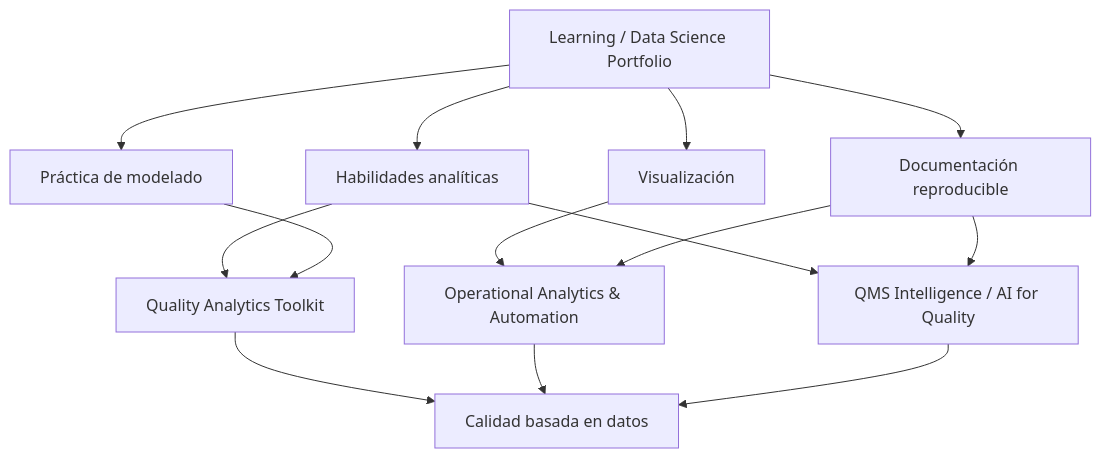
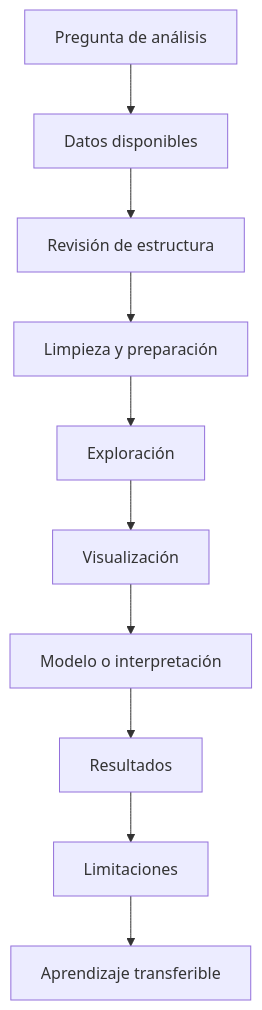
The second of 2 diagrams in README.md (fjgonzalezmgt/Learning-Data-Science-Portfolio), drawn with Mermaid before and after one commit. The commit also changed other lines of this file, not shown here.

Commit message:
Align README with Quality Analytics ecosystem positioning

````diff
--- a/README.md
+++ b/README.md
@@ -360,19 +64,12 @@
 ```mermaid
 flowchart TD
-    A[Learning / Data Science Portfolio] --> B[Habilidades analíticas]
-    A --> C[Práctica de modelado]
-    A --> D[Visualización]
-    A --> E[Documentación reproducible]
-
-    B --> F[Quality Analytics Toolkit]
-    C --> F
-    D --> G[Operational Analytics & Automation]
-    E --> G
-
-    B --> H[QMS Intelligence / AI for Quality]
-    E --> H
-
-    F --> I[Calidad basada en datos]
-    G --> I
-    H --> I
+    A[Pregunta de análisis] --> B[Datos disponibles]
+    B --> C[Revisión de estructura]
+    C --> D[Limpieza y preparación]
+    D --> E[Exploración]
+    E --> F[Visualización]
+    F --> G[Modelo o interpretación]
+    G --> H[Resultados]
+    H --> I[Limitaciones]
+    I --> J[Aprendizaje transferible]
 ```
````
